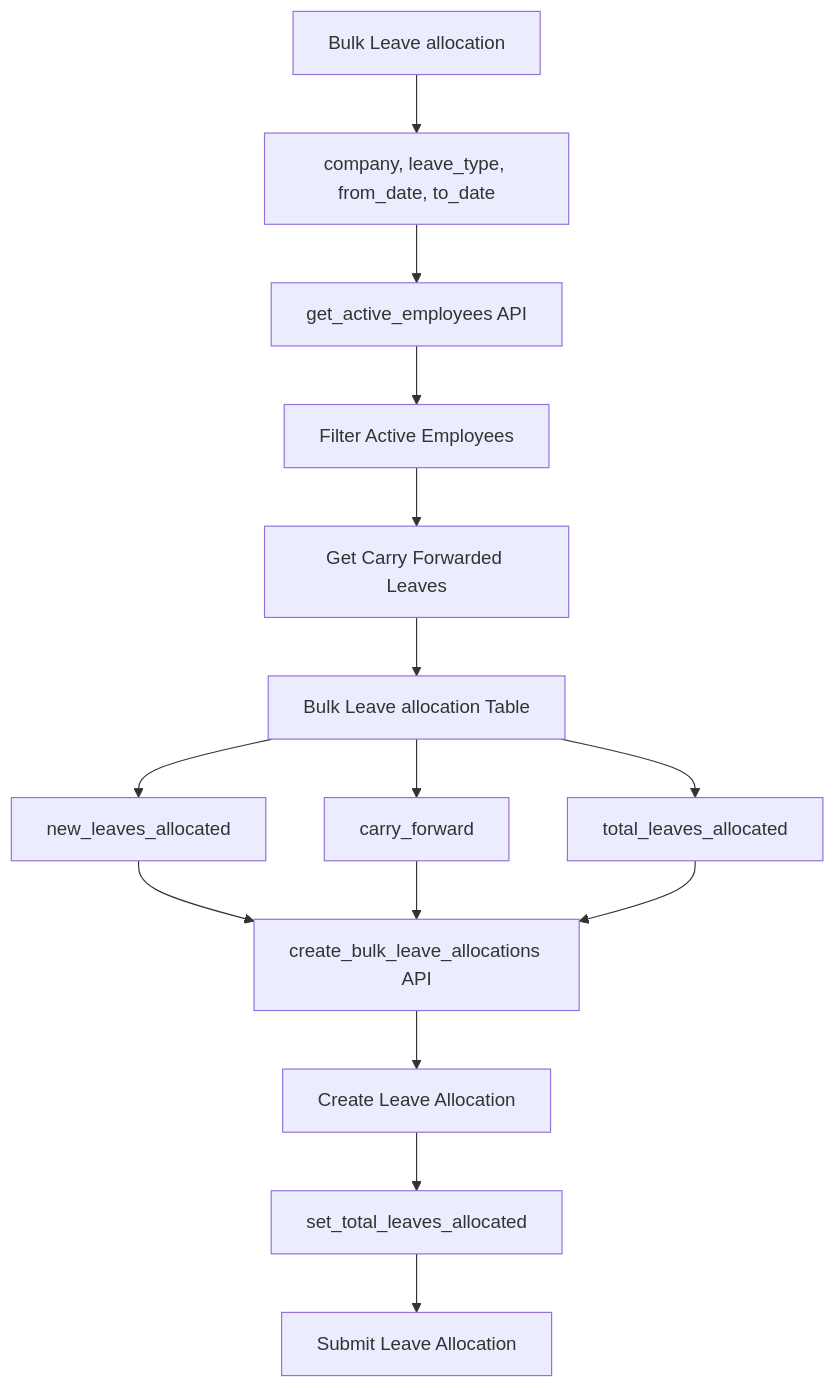
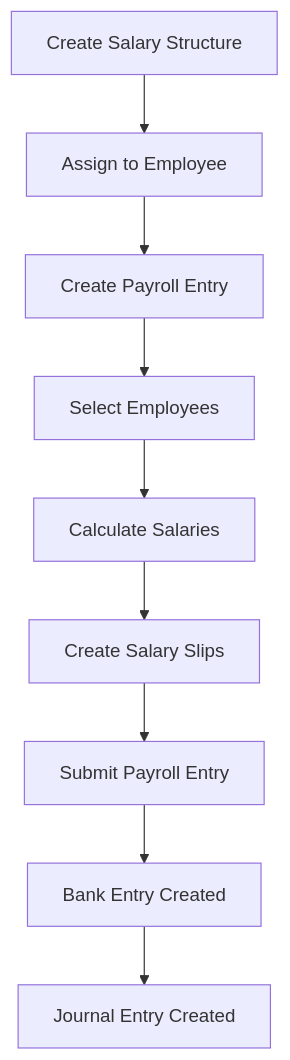
Before and after one commit to abdopcnet/tatweer_hr_advance: the fourth of 6 diagrams in app_workflow.md, drawn with Mermaid. The commit also changed other lines of this file, not shown here.

````diff
--- a/app_workflow.md
+++ b/app_workflow.md
@@ -64,17 +50,11 @@
 ```mermaid
 flowchart TD
-    A[Bulk Leave allocation] --> B[company, leave_type, from_date, to_date]
-    B --> C[get_active_employees API]
-    C --> D[Filter Active Employees]
-    D --> E[Get Carry Forwarded Leaves]
-    E --> F[Bulk Leave allocation Table]
-    F --> G[new_leaves_allocated]
-    F --> H[carry_forward]
-    F --> I[total_leaves_allocated]
-    G --> J[create_bulk_leave_allocations API]
-    H --> J
-    I --> J
-    J --> K[Create Leave Allocation]
-    K --> L[set_total_leaves_allocated]
-    L --> M[Submit Leave Allocation]
+    A[Create Salary Structure] --> B[Assign to Employee]
+    B --> C[Create Payroll Entry]
+    C --> D[Select Employees]
+    D --> E[Calculate Salaries]
+    E --> F[Create Salary Slips]
+    F --> G[Submit Payroll Entry]
+    G --> H[Bank Entry Created]
+    H --> I[Journal Entry Created]
 ```
````
